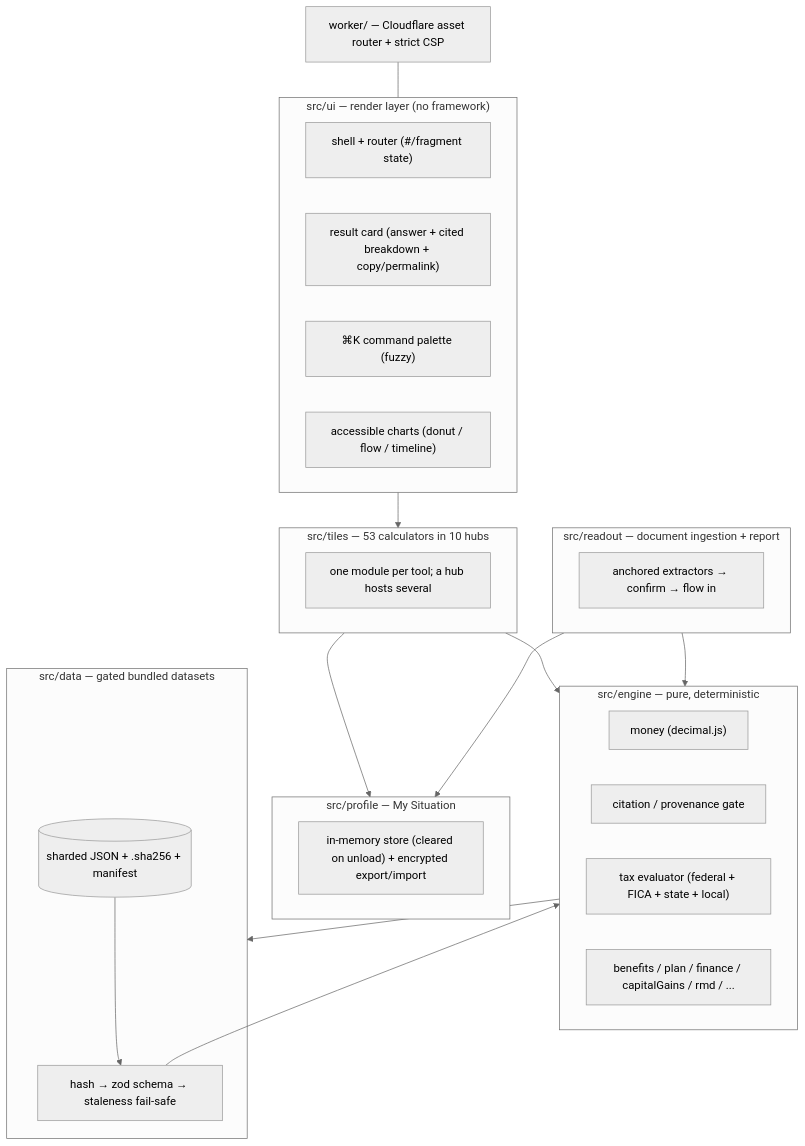
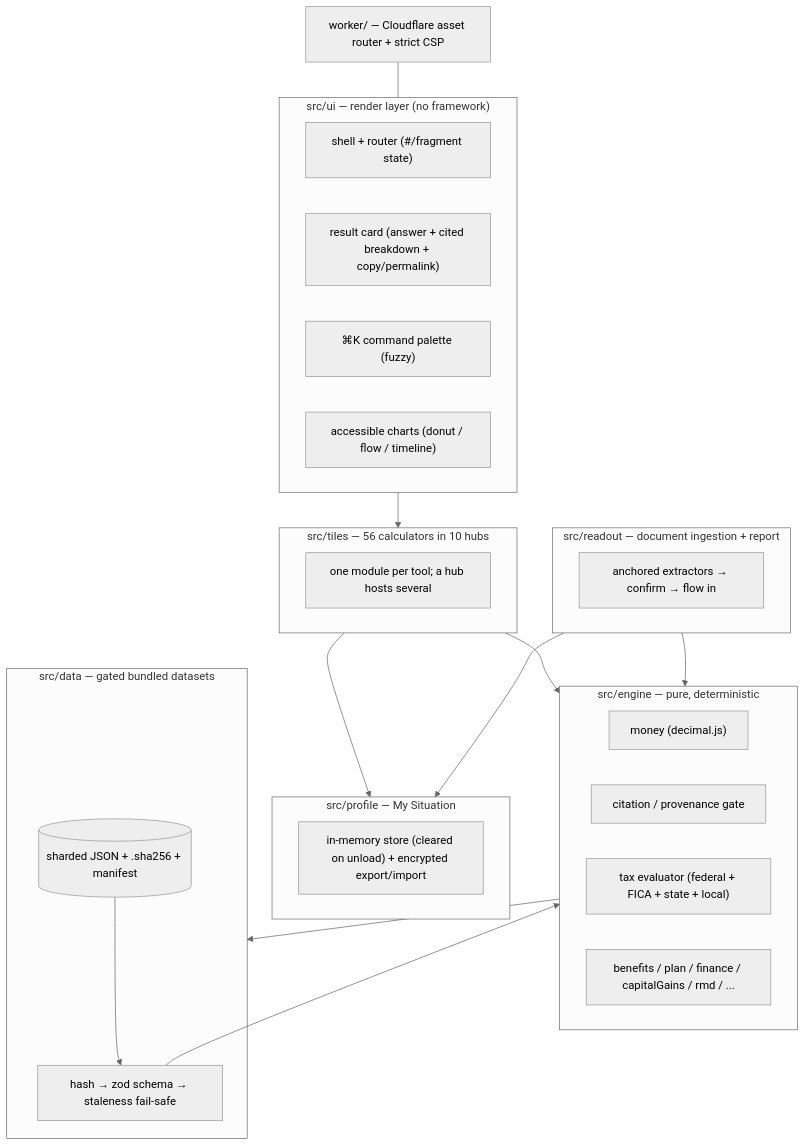
Before and after one commit to clay-good/enklayve: the second of 6 diagrams in README.md, drawn with Mermaid (neutral theme). The commit also changed other lines of this file and 26 other files, not shown here.

````diff
--- a/README.md
+++ b/README.md
@@ -236,36 +239,36 @@
 ```mermaid
 flowchart TD
     subgraph UI["src/ui — render layer (no framework)"]
         SH["shell + router (#/fragment state)"]
         RC["result card (answer + cited breakdown + copy/permalink)"]
         CP["⌘K command palette (fuzzy)"]
         CH["accessible charts (donut / flow / timeline)"]
     end
-    subgraph TILES["src/tiles — 53 calculators in 10 hubs"]
+    subgraph TILES["src/tiles — 56 calculators in 10 hubs"]
         T1["one module per tool; a hub hosts several"]
     end
     subgraph PROFILE["src/profile — My Situation"]
         PS["in-memory store (cleared on unload) + encrypted export/import"]
     end
     subgraph READOUT["src/readout — document ingestion + report"]
         RX["anchored extractors → confirm → flow in"]
     end
     subgraph ENGINE["src/engine — pure, deterministic"]
         MN["money (decimal.js)"]
         CI["citation / provenance gate"]
         TAX["tax evaluator (federal + FICA + state + local)"]
         BEN["benefits / plan / finance / capitalGains / rmd / ..."]
     end
     subgraph DATA["src/data — gated bundled datasets"]
         LO["hash → zod schema → staleness fail-safe"]
         DS[("sharded JSON + .sha256 + manifest")]
     end
     TILES --> ENGINE
     READOUT --> ENGINE
     TILES --> PROFILE
     READOUT --> PROFILE
     UI --> TILES
     ENGINE --> DATA
     DS --> LO --> ENGINE
     WORKER["worker/ — Cloudflare asset router + strict CSP"] --- UI
 ```
````
